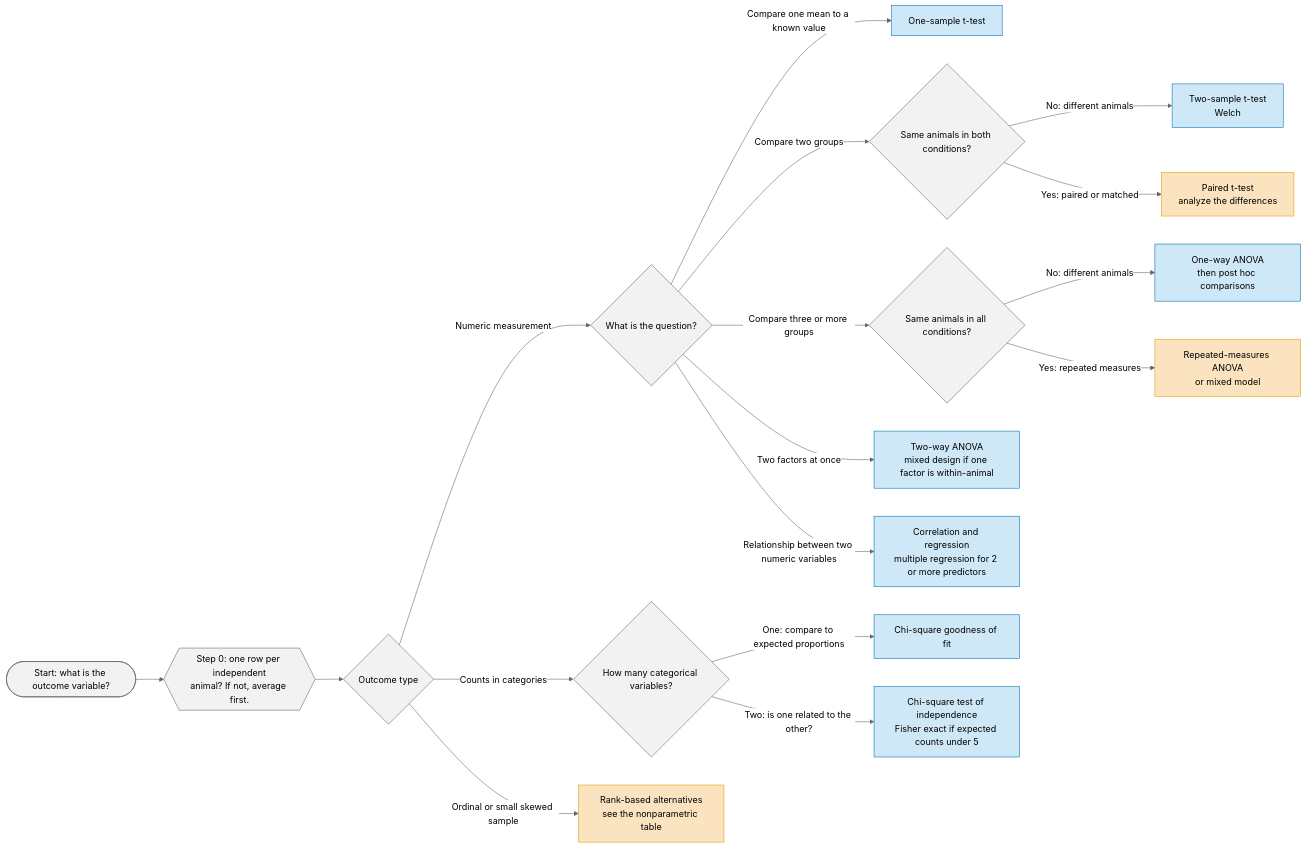
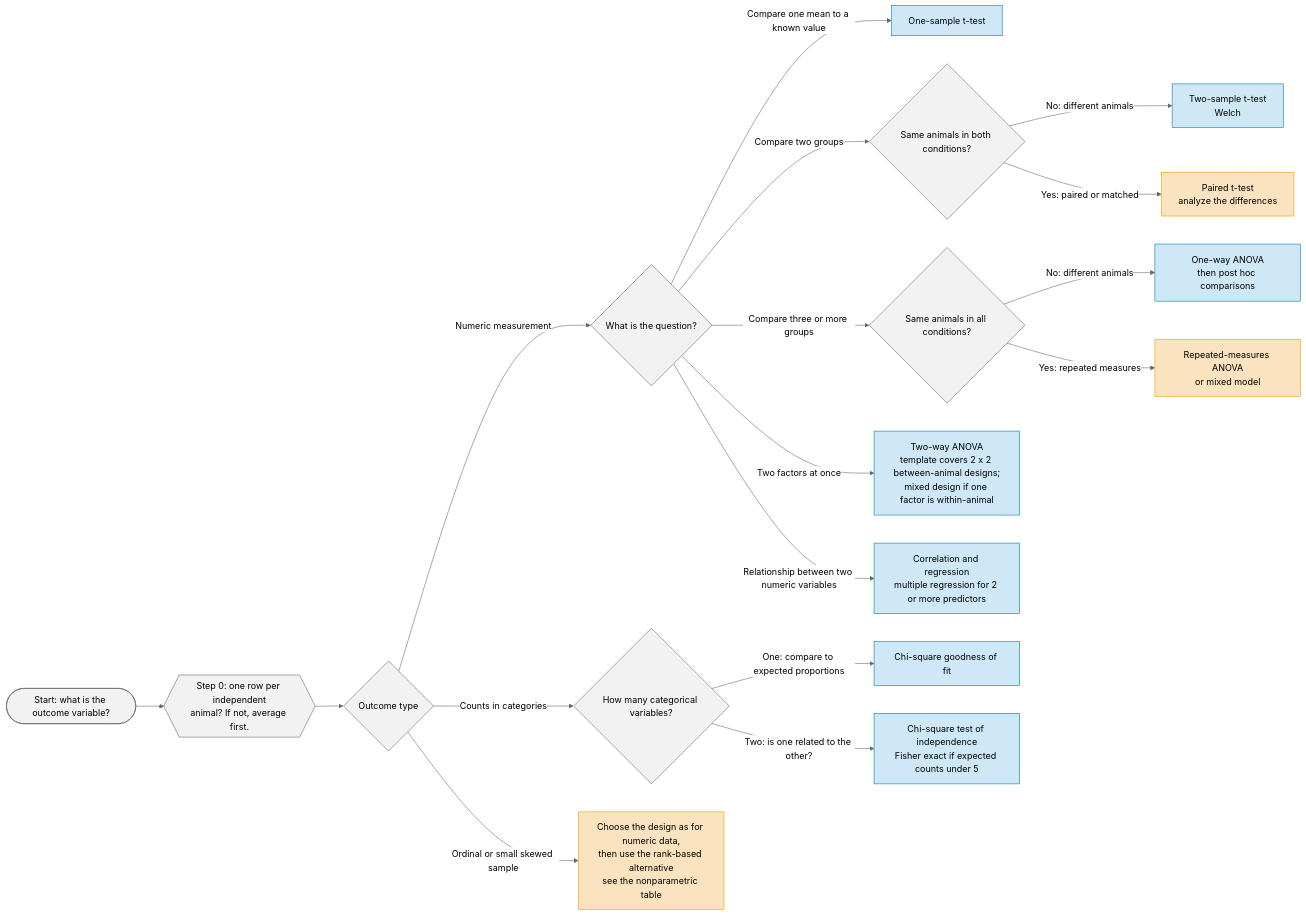
Before and after one commit to jmgraham30/analysis_project_templates: the diagram in guides/choosing_a_test.qmd, drawn with Mermaid. The commit also changed other lines of this file and 39 other files, not shown here.

````diff
--- a/guides/choosing_a_test.qmd
+++ b/guides/choosing_a_test.qmd
@@ -89,32 +89,32 @@
 ```{mermaid}
 %%| fig-align: center
 %%| fig-width: 12
 %%{init: {"theme": "neutral", "themeVariables": {"fontSize": "16px"}, "flowchart": {"useMaxWidth": true}}}%%
 flowchart LR
   A([Start: what is the outcome variable?]) --> U{{"Step 0: one row per independent<br/>animal? If not, average first."}}
   U --> B{Outcome type}
   B -->|Numeric measurement| N{What is the question?}
   B -->|Counts in categories| C{How many categorical variables?}
-  B -->|Ordinal or small skewed sample| R[Rank-based alternatives<br/>see the nonparametric table]
+  B -->|Ordinal or small skewed sample| R[Choose the design as for numeric data,<br/>then use the rank-based alternative<br/>see the nonparametric table]
 
   N -->|Compare one mean to a known value| T1[One-sample t-test]
   N -->|Compare two groups| G2{Same animals in both conditions?}
   N -->|Compare three or more groups| G3{Same animals in all conditions?}
-  N -->|Two factors at once| F2[Two-way ANOVA<br/>mixed design if one factor is within-animal]
+  N -->|Two factors at once| F2[Two-way ANOVA<br/>template covers 2 x 2 between-animal designs;<br/>mixed design if one factor is within-animal]
   N -->|Relationship between two numeric variables| REG[Correlation and regression<br/>multiple regression for 2 or more predictors]
 
   G2 -->|No: different animals| T2[Two-sample t-test<br/>Welch]
   G2 -->|Yes: paired or matched| TP[Paired t-test<br/>analyze the differences]
   G3 -->|No: different animals| A1[One-way ANOVA<br/>then post hoc comparisons]
   G3 -->|Yes: repeated measures| RM[Repeated-measures ANOVA<br/>or mixed model]
 
   C -->|One: compare to expected proportions| X1[Chi-square goodness of fit]
   C -->|Two: is one related to the other?| X2[Chi-square test of independence<br/>Fisher exact if expected counts under 5]
 
   classDef have fill:#CFE8F7,stroke:#0072B2,color:#000
   classDef gap fill:#FBE3BF,stroke:#E69F00,color:#000
   classDef q fill:#F2F2F2,stroke:#666666,color:#000
   class T1,T2,A1,F2,REG,X1,X2 have
   class TP,RM,R gap
   class A,U,B,N,C,G2,G3 q
 ```
````
